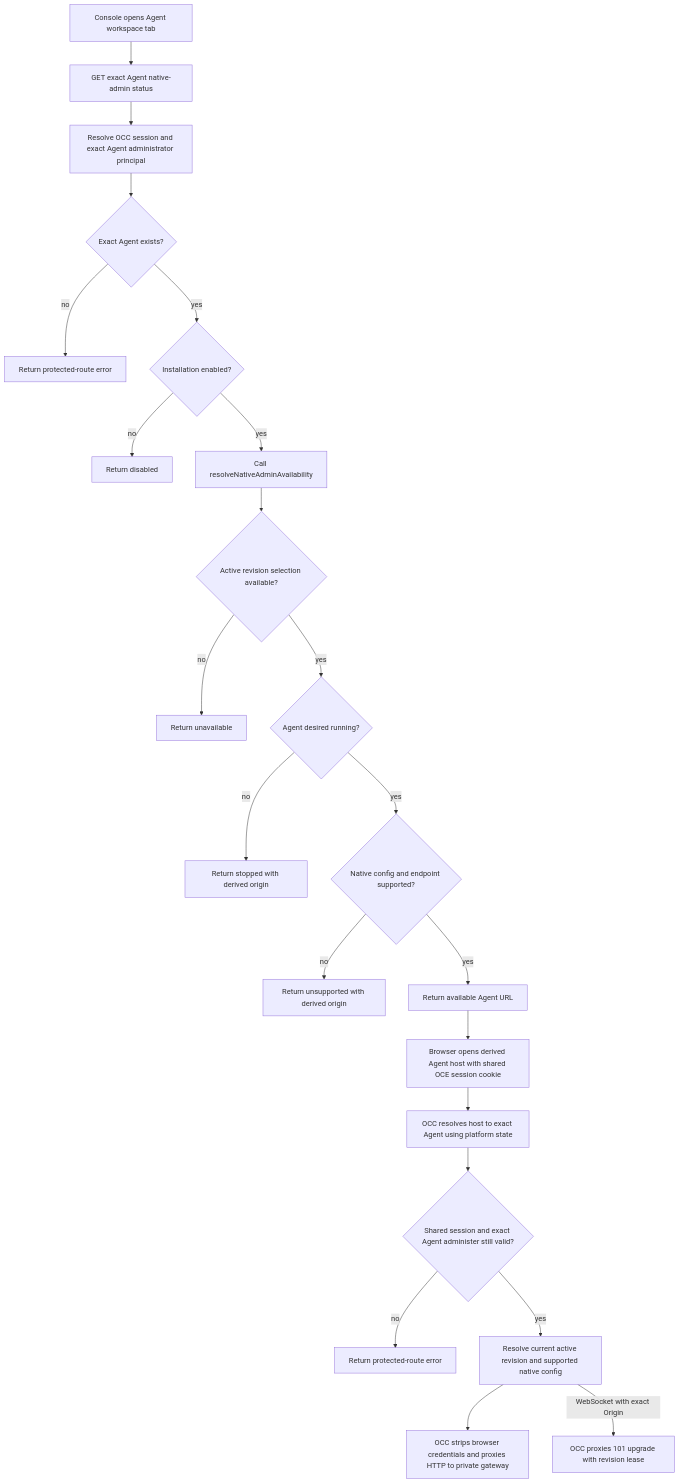
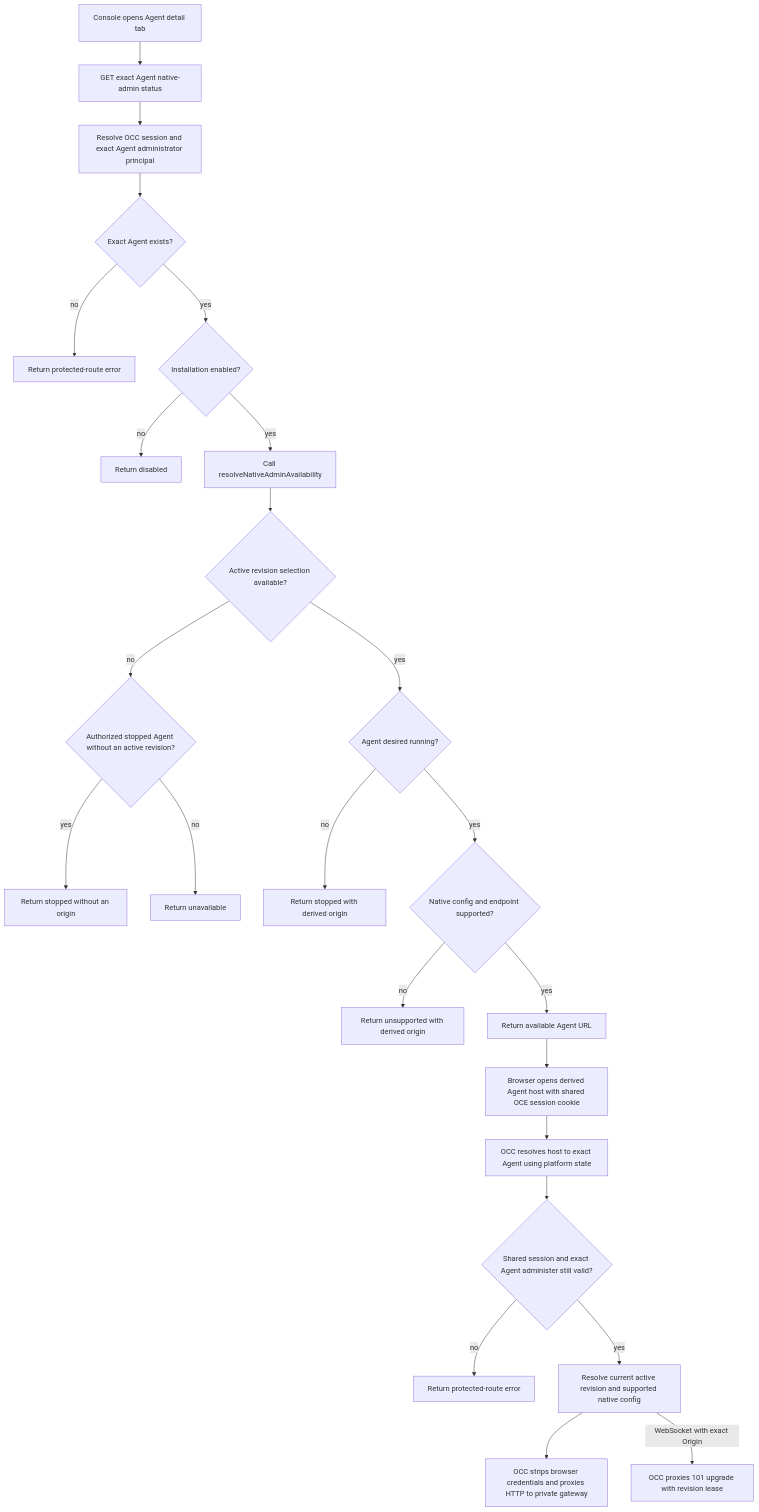
Before and after one commit to openclaw/openclaw-enterprise: the diagram in docs/flows/agent-native-admin.md, drawn with Mermaid. The commit also changed other lines of this file and 7 other files, not shown here.

Commit message:
fix(api): report native admin stopped after reconciliation

````diff
--- a/docs/flows/agent-native-admin.md
+++ b/docs/flows/agent-native-admin.md
@@ -28,24 +28,26 @@
 ```mermaid
 graph TD
-  A["Console opens Agent workspace tab"] --> B["GET exact Agent native-admin status"]
+  A["Console opens Agent detail tab"] --> B["GET exact Agent native-admin status"]
   B --> C["Resolve OCC session and exact Agent administrator principal"]
   C --> D{"Exact Agent exists?"}
   D -->|no| E["Return protected-route error"]
   D -->|yes| F{"Installation enabled?"}
   F -->|no| G["Return disabled"]
   F -->|yes| H["Call resolveNativeAdminAvailability"]
   H --> I{"Active revision selection available?"}
-  I -->|no| J["Return unavailable"]
+  I -->|no| J{"Authorized stopped Agent without an active revision?"}
+  J -->|yes| X["Return stopped without an origin"]
+  J -->|no| Y["Return unavailable"]
   I -->|yes| K{"Agent desired running?"}
   K -->|no| L["Return stopped with derived origin"]
   K -->|yes| M{"Native config and endpoint supported?"}
   M -->|no| N["Return unsupported with derived origin"]
   M -->|yes| O["Return available Agent URL"]
   O --> P["Browser opens derived Agent host with shared OCE session cookie"]
   P --> Q["OCC resolves host to exact Agent using platform state"]
   Q --> R{"Shared session and exact Agent administer still valid?"}
   R -->|no| S["Return protected-route error"]
   R -->|yes| T["Resolve current active revision and supported native config"]
   T --> U["OCC strips browser credentials and proxies HTTP to private gateway"]
   T -->|WebSocket with exact Origin| V["OCC proxies 101 upgrade with revision lease"]
 ```
````
